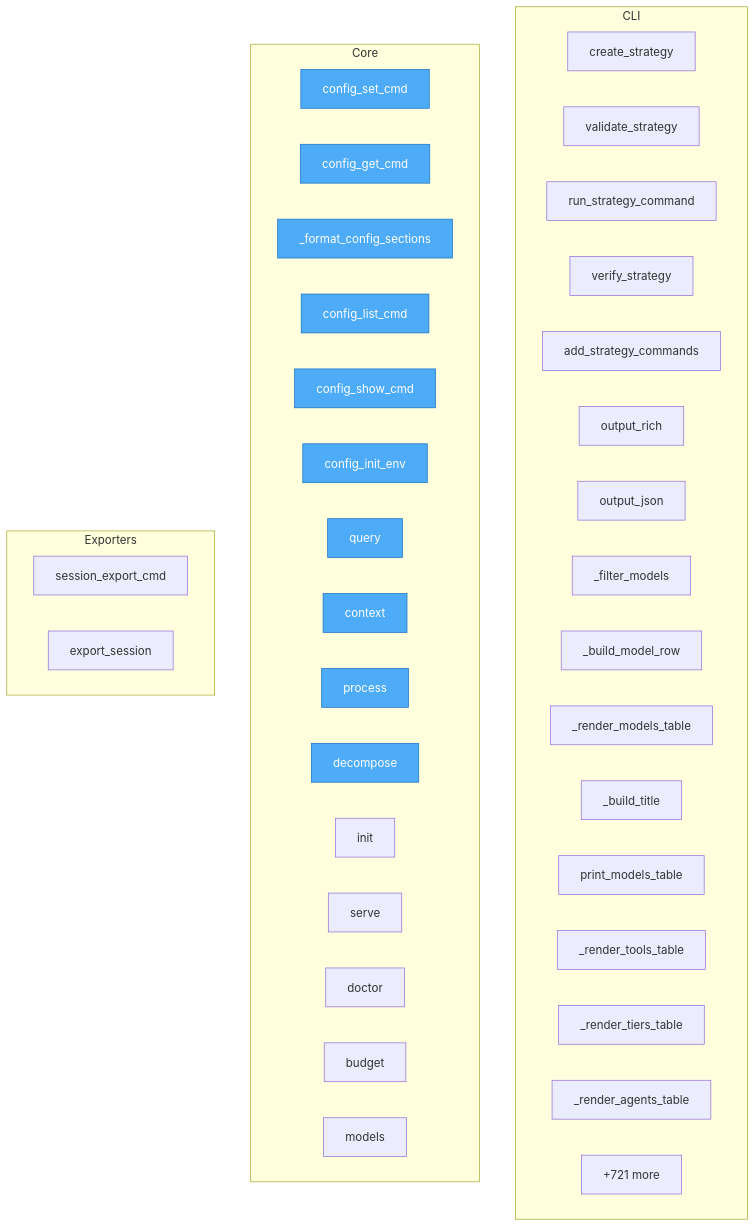
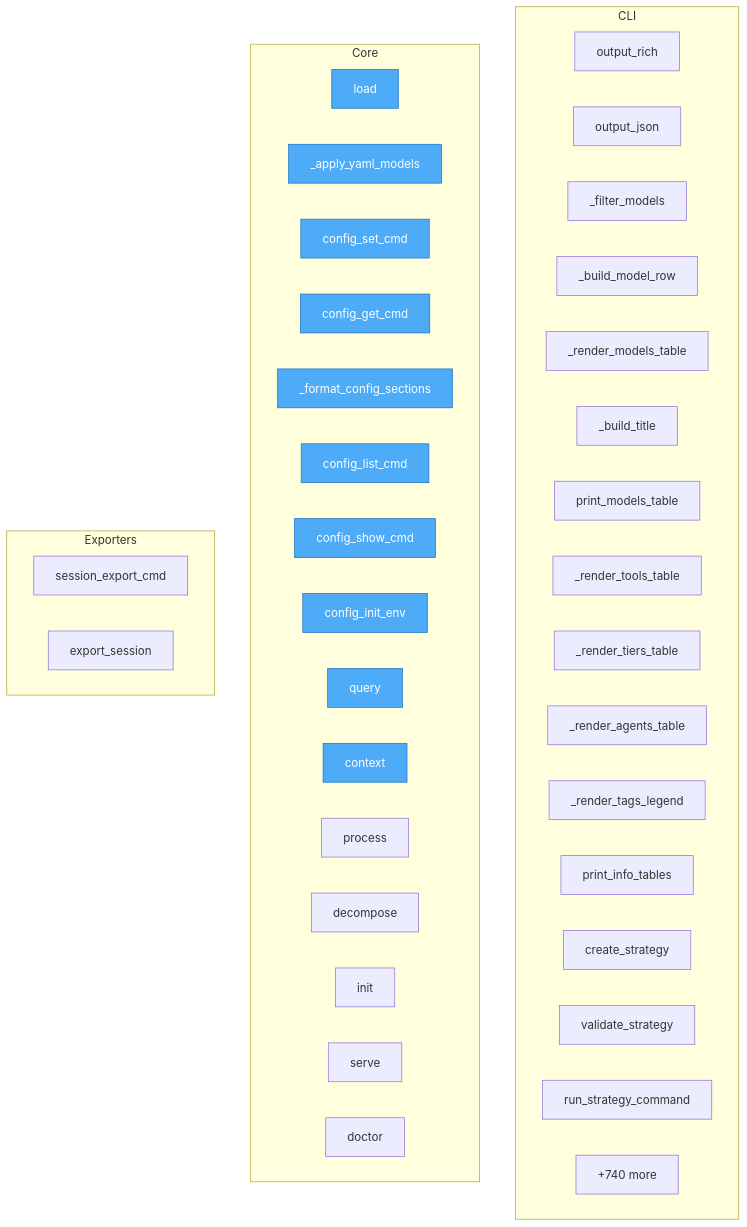
One commit to semcod/llx changed the diagram in project/flow.mmd. Above: the diagram before and after it, drawn with Mermaid. The commit also changed 38 other files, not shown here.

```diff
--- a/project/flow.mmd
+++ b/project/flow.mmd
@@ -1,49 +1,49 @@
 flowchart TD
 
     %% Entry points (blue)
     classDef entry fill:#4dabf7,stroke:#1971c2,color:#fff
 
     subgraph CLI
-        llx__cli__strategy_commands__create_strategy["create_strategy"]
-        llx__cli__strategy_commands__validate_strategy["validate_strategy"]
-        llx__cli__strategy_commands__run_strategy_command["run_strategy_command"]
-        llx__cli__strategy_commands__verify_strategy["verify_strategy"]
-        llx__cli__strategy_commands__add_strategy_commands["add_strategy_commands"]
         llx__cli__formatters__output_rich["output_rich"]
         llx__cli__formatters__output_json["output_json"]
         llx__cli__formatters___filter_models["_filter_models"]
         llx__cli__formatters___build_model_row["_build_model_row"]
         llx__cli__formatters___render_models_table["_render_models_table"]
         llx__cli__formatters___build_title["_build_title"]
         llx__cli__formatters__print_models_table["print_models_table"]
         llx__cli__formatters___render_tools_table["_render_tools_table"]
         llx__cli__formatters___render_tiers_table["_render_tiers_table"]
         llx__cli__formatters___render_agents_table["_render_agents_table"]
+        llx__cli__formatters___render_tags_legend["_render_tags_legend"]
+        llx__cli__formatters__print_info_tables["print_info_tables"]
+        llx__cli__strategy_commands__create_strategy["create_strategy"]
+        llx__cli__strategy_commands__validate_strategy["validate_strategy"]
+        llx__cli__strategy_commands__run_strategy_command["run_strategy_command"]
         ...["+20 more"]
     end
 
     subgraph Core
+        llx__config__LlxConfig__load["load"]
+        llx__config___apply_yaml_models["_apply_yaml_models"]
         llx__prellm__cli_config__config_set_cmd["config_set_cmd"]
         llx__prellm__cli_config__config_get_cmd["config_get_cmd"]
         llx__prellm__cli_config___format_config_sections["_format_config_sections"]
         llx__prellm__cli_config__config_list_cmd["config_list_cmd"]
         llx__prellm__cli_config__config_show_cmd["config_show_cmd"]
         llx__prellm__cli_config__config_init_env["config_init_env"]
         llx__prellm__cli__query["query"]
         llx__prellm__cli__context["context"]
         llx__prellm__cli__process["process"]
         llx__prellm__cli__decompose["decompose"]
         llx__prellm__cli__init["init"]
         llx__prellm__cli__serve["serve"]
         llx__prellm__cli__doctor["doctor"]
-        llx__prellm__cli__budget["budget"]
-        llx__prellm__cli__models["models"]
-        ...["+721 more"]
+        ...["+740 more"]
     end
 
     subgraph Exporters
         llx__prellm__cli__session_export_cmd["session_export_cmd"]
         llx__prellm__context__user_memory__UserMemory__export_session["export_session"]
     end
 
-    class llx__prellm__cli_config__config_set_cmd,llx__prellm__cli_config__config_get_cmd,llx__prellm__cli_config___format_config_sections,llx__prellm__cli_config__config_list_cmd,llx__prellm__cli_config__config_show_cmd,llx__prellm__cli_config__config_init_env,llx__prellm__cli__query,llx__prellm__cli__context,llx__prellm__cli__process,llx__prellm__cli__decompose entry
+    class llx__config__LlxConfig__load,llx__config___apply_yaml_models,llx__prellm__cli_config__config_set_cmd,llx__prellm__cli_config__config_get_cmd,llx__prellm__cli_config___format_config_sections,llx__prellm__cli_config__config_list_cmd,llx__prellm__cli_config__config_show_cmd,llx__prellm__cli_config__config_init_env,llx__prellm__cli__query,llx__prellm__cli__context entry
```
